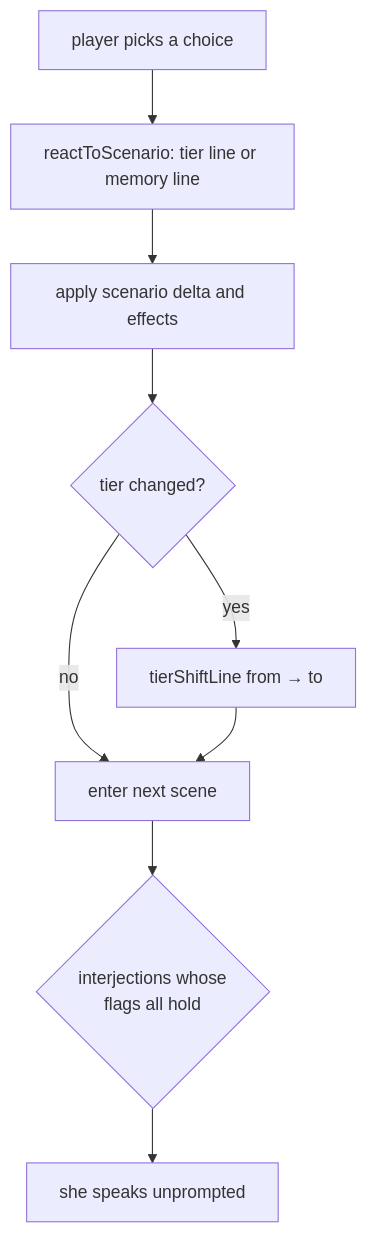
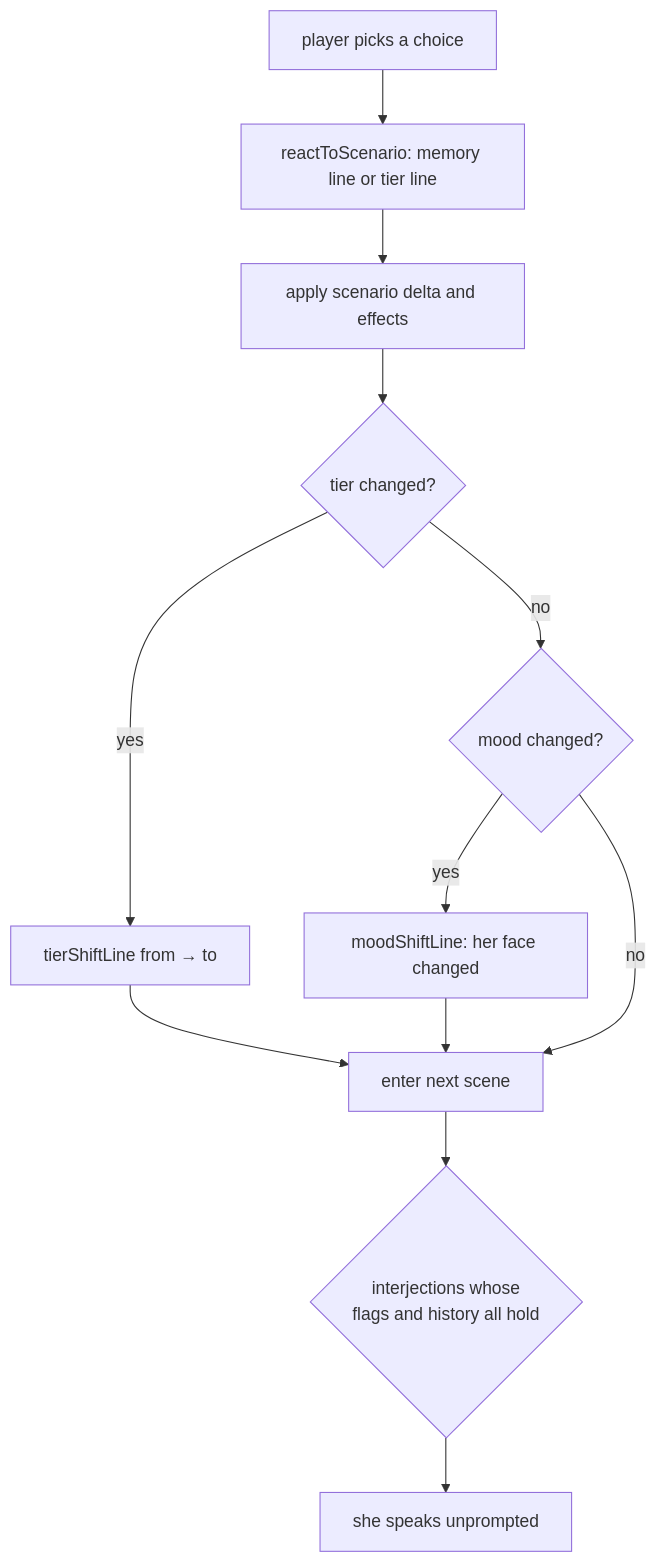
Before and after one commit to jgyy/nextxian: the fifth of 11 diagrams in docs/ARCHITECTURE.md, drawn with Mermaid. The commit also changed other lines of this file and 30 other files, not shown here.

````diff
--- a/docs/ARCHITECTURE.md
+++ b/docs/ARCHITECTURE.md
@@ -82,11 +97,14 @@
 ```mermaid
 flowchart TD
-  P[player picks a choice] --> R[reactToScenario: tier line or memory line]
+  P[player picks a choice] --> R[reactToScenario: memory line or tier line]
   R --> D[apply scenario delta and effects]
   D --> T{tier changed?}
-  T -- no --> E[enter next scene]
-  T -- yes --> L[tierShiftLine from → to]
-  L --> E
-  E --> I{interjections whose<br/>flags all hold}
+  T -- yes --> TL[tierShiftLine from → to]
+  T -- no --> M{mood changed?}
+  M -- yes --> ML[moodShiftLine: her face changed]
+  M -- no --> E[enter next scene]
+  TL --> E
+  ML --> E
+  E --> I{interjections whose<br/>flags and history all hold}
   I --> SAY[she speaks unprompted]
 ```
````
